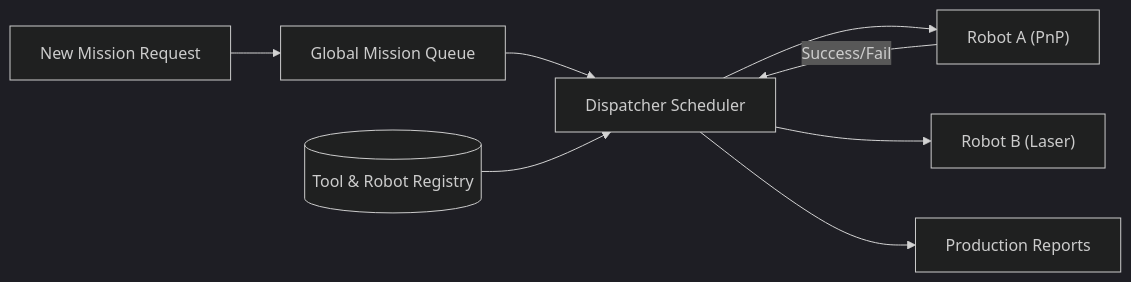
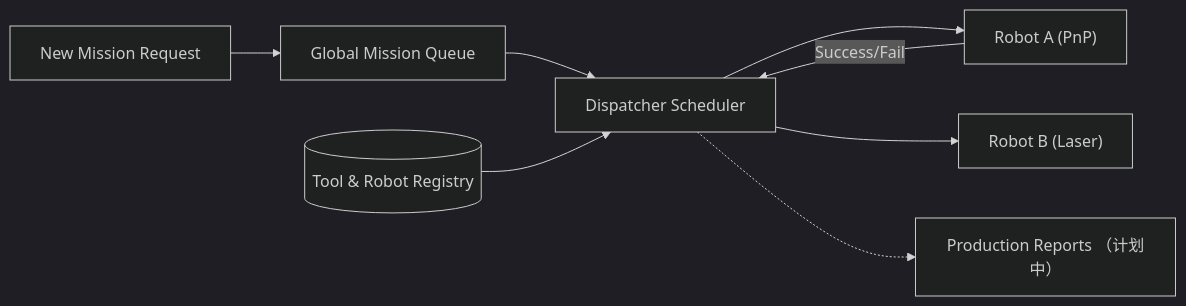
The diagram in README_zho.md (JuanenRac/HYDRA-UMC-JOB-DISPATCHER), drawn with Mermaid (dark theme) before and after one commit. The commit also changed other lines of this file and 20 other files, not shown here.

````diff
--- a/README_zho.md
+++ b/README_zho.md
@@ -44,10 +44,10 @@
 ```mermaid
 flowchart LR
     REQ["New Mission Request"] --> Q["Global Mission Queue"]
     Q --> SCHED["Dispatcher Scheduler"]
     DB[("Tool & Robot Registry")] --> SCHED
     SCHED --> R1["Robot A (PnP)"]
     SCHED --> R2["Robot B (Laser)"]
     R1 -- Success/Fail --> SCHED
-    SCHED --> LOG["Production Reports"]
+    SCHED -.-> LOG["Production Reports （计划中）"]
 ```
````
